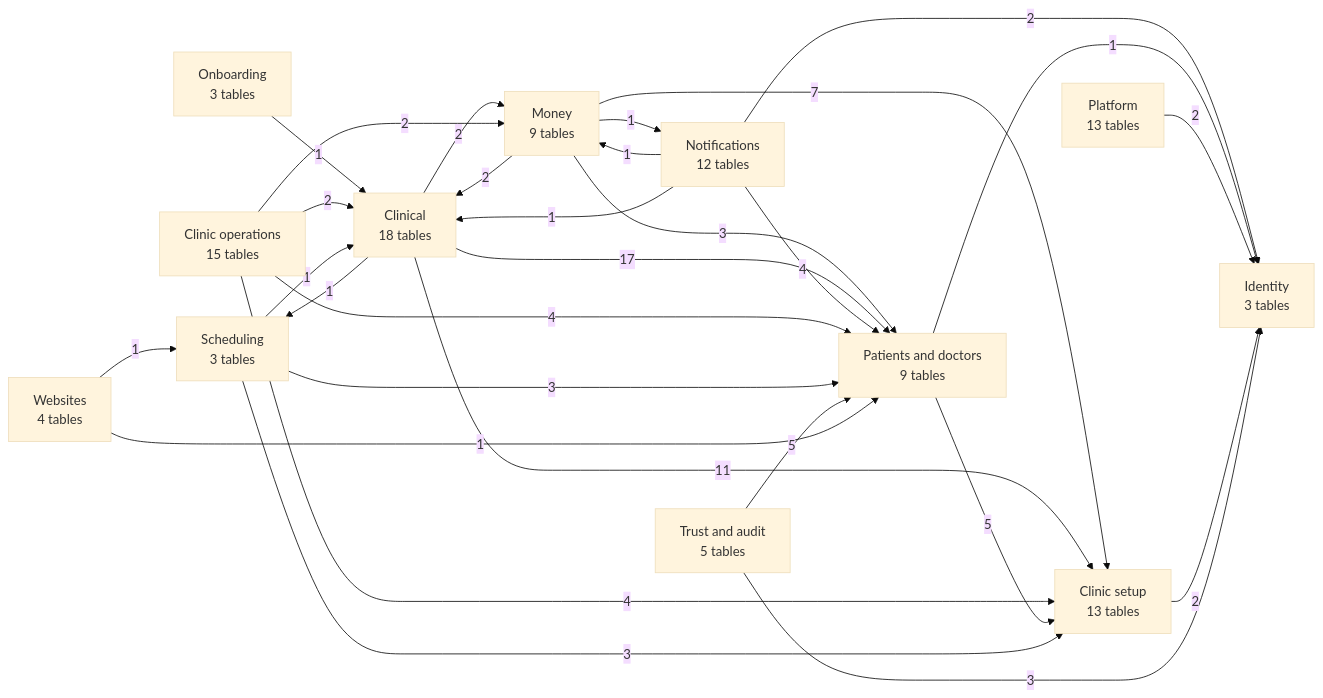
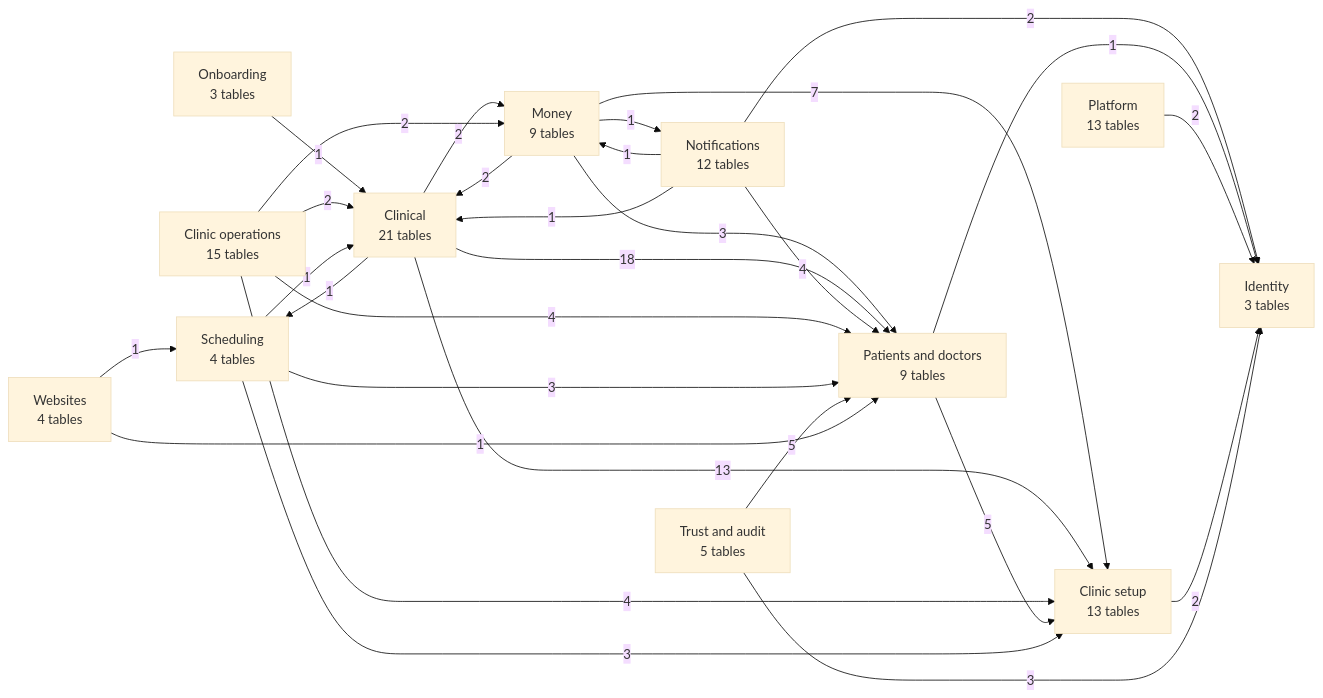
One commit to sakalyatechnologies/aarogyam changed the first of 13 diagrams in docs/database.md. Above: the diagram before and after it, drawn with Mermaid (base theme). The commit also changed other lines of this file and 5 other files, not shown here.

````diff
--- a/docs/database.md
+++ b/docs/database.md
@@ -25,43 +25,43 @@
 ```mermaid
 flowchart LR
   platform["Platform<br/>13 tables"]
   iam["Identity<br/>3 tables"]
   tenancy["Clinic setup<br/>13 tables"]
   people["Patients and doctors<br/>9 tables"]
-  scheduling["Scheduling<br/>3 tables"]
-  clinical["Clinical<br/>18 tables"]
+  scheduling["Scheduling<br/>4 tables"]
+  clinical["Clinical<br/>21 tables"]
   ops["Clinic operations<br/>15 tables"]
   billing["Money<br/>9 tables"]
   notify["Notifications<br/>12 tables"]
   web["Websites<br/>4 tables"]
   trust["Trust and audit<br/>5 tables"]
   onboarding["Onboarding<br/>3 tables"]
   billing -->|2| clinical
   billing -->|1| notify
   billing -->|3| people
   billing -->|7| tenancy
   clinical -->|2| billing
-  clinical -->|17| people
+  clinical -->|18| people
   clinical -->|1| scheduling
-  clinical -->|11| tenancy
+  clinical -->|13| tenancy
   notify -->|1| billing
   notify -->|1| clinical
   notify -->|2| iam
   notify -->|4| people
   onboarding -->|1| clinical
   ops -->|2| billing
   ops -->|2| clinical
   ops -->|4| people
   ops -->|4| tenancy
   people -->|1| iam
   people -->|5| tenancy
   platform -->|2| iam
   scheduling -->|1| clinical
   scheduling -->|3| people
   scheduling -->|3| tenancy
   tenancy -->|2| iam
   trust -->|3| iam
   trust -->|5| people
   web -->|1| people
   web -->|1| scheduling
 ```
````
